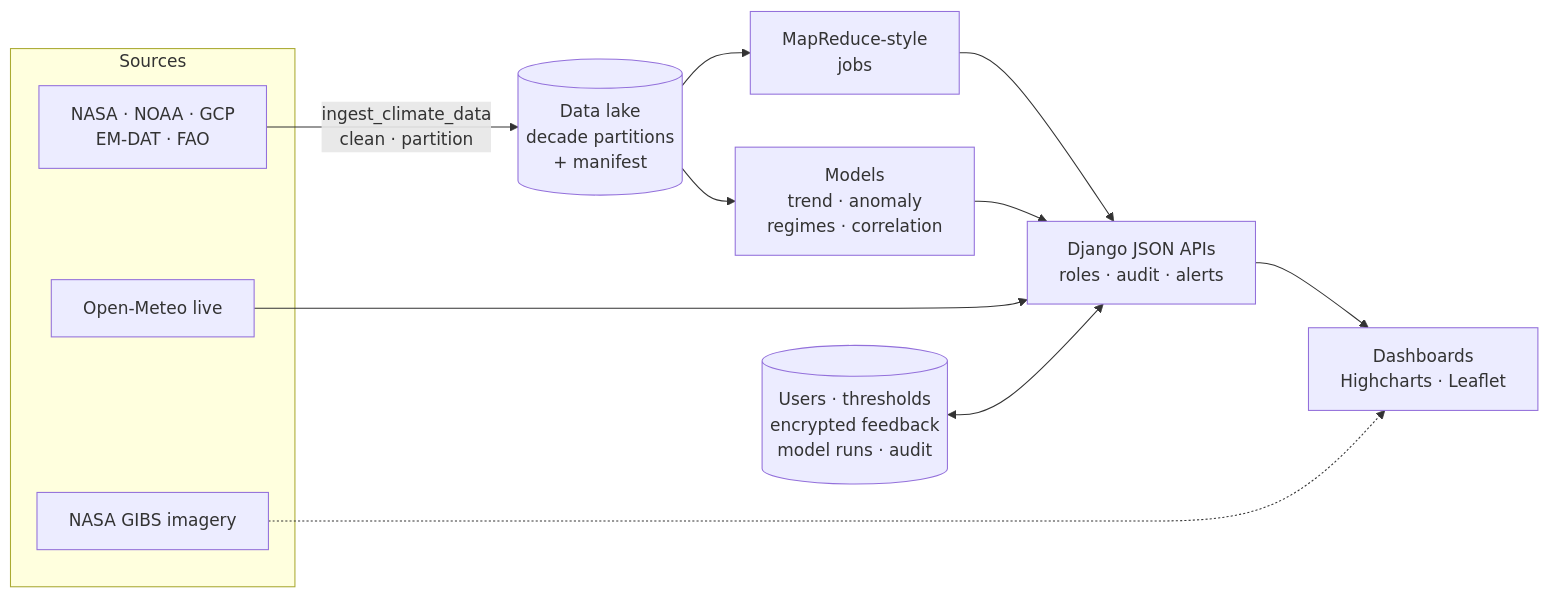
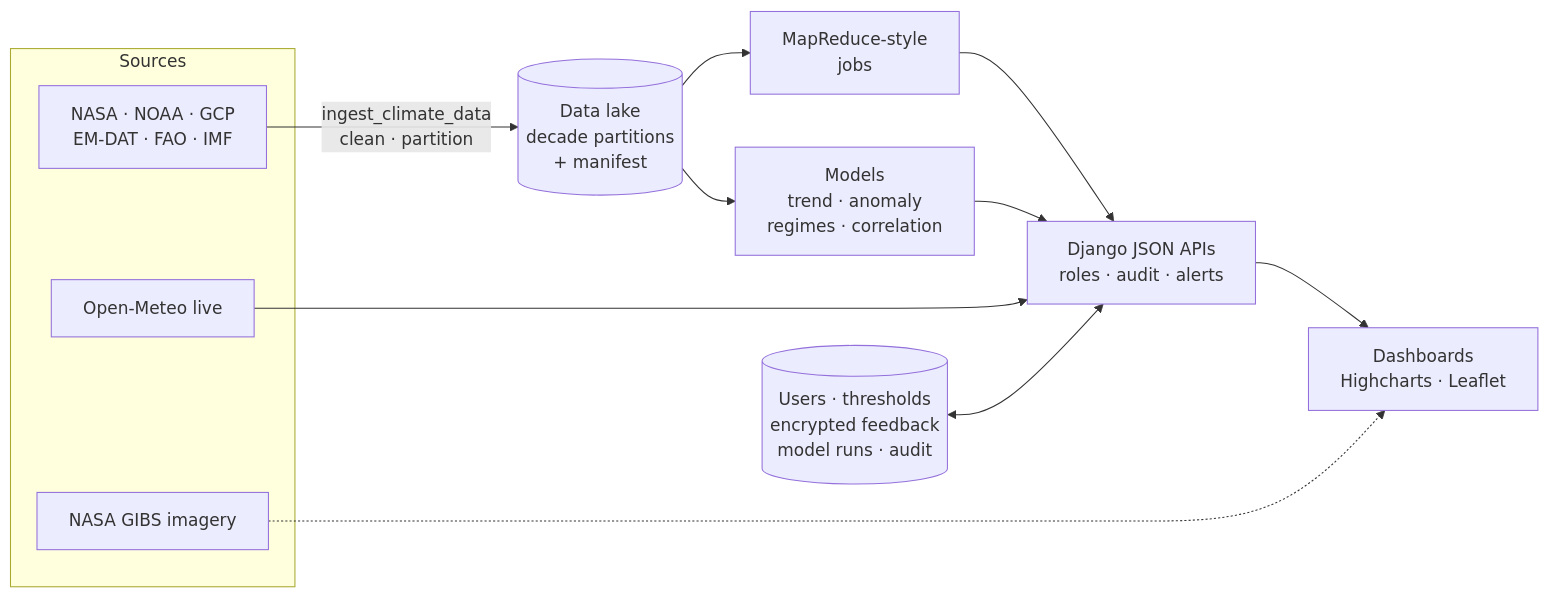
One commit to ari161-bit/climate-change-dashboard changed the diagram in README.md. Above: the diagram before and after it, drawn with Mermaid. The commit also changed other lines of this file and 28 other files, not shown here.

````diff
--- a/README.md
+++ b/README.md
@@ -92,16 +96,16 @@
 ```mermaid
 flowchart LR
     subgraph Sources
-        S1[NASA · NOAA · GCP<br/>EM-DAT · FAO]
+        S1[NASA · NOAA · GCP<br/>EM-DAT · FAO · IMF]
         S2[Open-Meteo live]
         S3[NASA GIBS imagery]
     end
     S1 -->|ingest_climate_data<br/>clean · partition| L[(Data lake<br/>decade partitions<br/>+ manifest)]
     L --> MR[MapReduce-style<br/>jobs]
     L --> ML[Models<br/>trend · anomaly<br/>regimes · correlation]
     MR & ML --> API[Django JSON APIs<br/>roles · audit · alerts]
     S2 --> API
     DB[(Users · thresholds<br/>encrypted feedback<br/>model runs · audit)] <--> API
     API --> UI[Dashboards<br/>Highcharts · Leaflet]
     S3 -.-> UI
 ```
````
